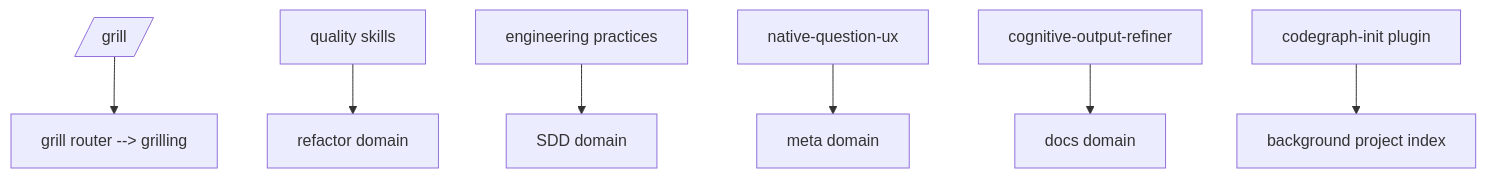
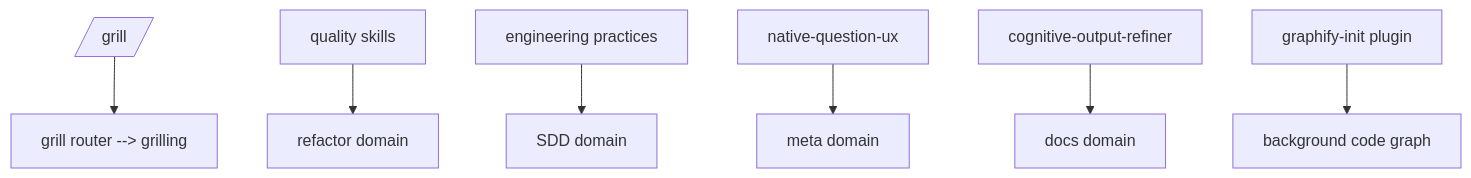
The diagram in domains/common/README.md (andresnator/agents-orchestrator), drawn with Mermaid before and after one commit. The commit also changed other lines of this file and 40 other files, not shown here.

First line of the commit message:
feat: replace CodeGraph with Graphify (relocated state, docs indexing, hardened plugin)

````diff
--- a/domains/common/README.md
+++ b/domains/common/README.md
@@ -42,9 +43,9 @@
 ```mermaid
 graph TD
   grillcmd[/grill/] --> grillskill[grill router --> grilling]
   quality[quality skills] --> refactor[refactor domain]
   practices[engineering practices] --> sdd[SDD domain]
   native[native-question-ux] --> meta[meta domain]
   output[cognitive-output-refiner] --> docs[docs domain]
-  codegraph[codegraph-init plugin] --> index[background project index]
+  graphify[graphify-init plugin] --> index[background code graph]
 ```
````
